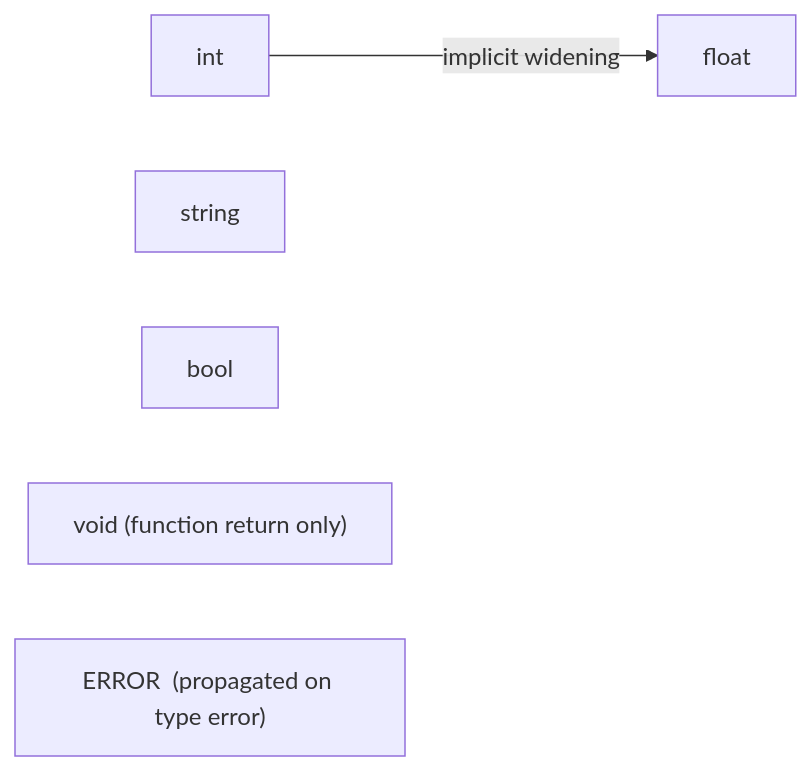
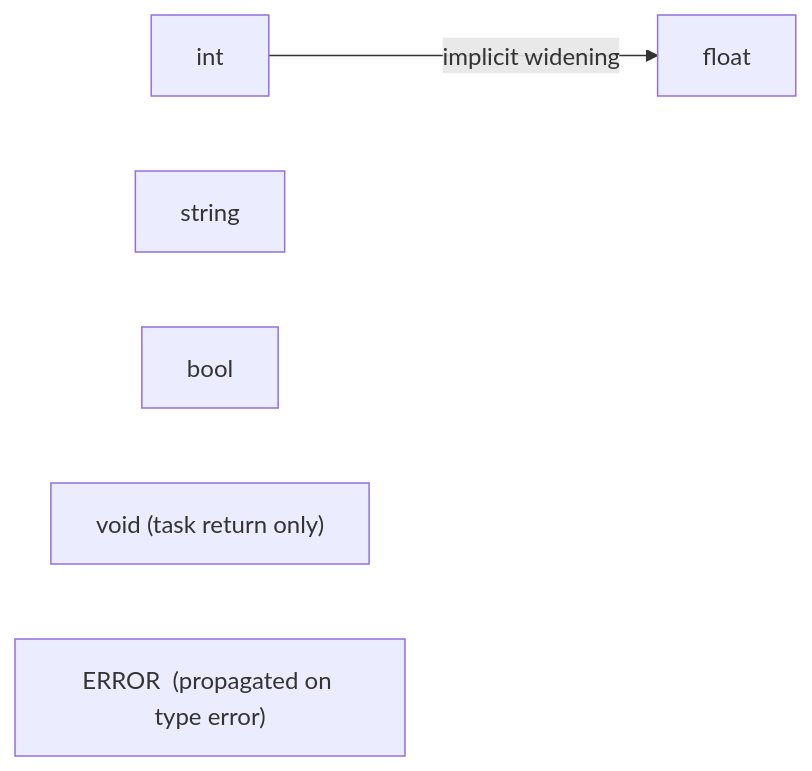
The seventh of 12 diagrams in AGENTS.md (Babar-RM/Nexora), drawn with Mermaid before and after one commit. The commit also changed other lines of this file and 6 other files, not shown here.

````diff
--- a/AGENTS.md
+++ b/AGENTS.md
@@ -346,11 +346,11 @@
 ```mermaid
 flowchart LR
     INT["int"]
     FLOAT["float"]
     STRING["string"]
     BOOL["bool"]
-    VOID["void  (function return only)"]
+    VOID["void  (task return only)"]
     ERROR["ERROR  (propagated on type error)"]
 
     INT -->|"implicit widening"| FLOAT
 ```
````
